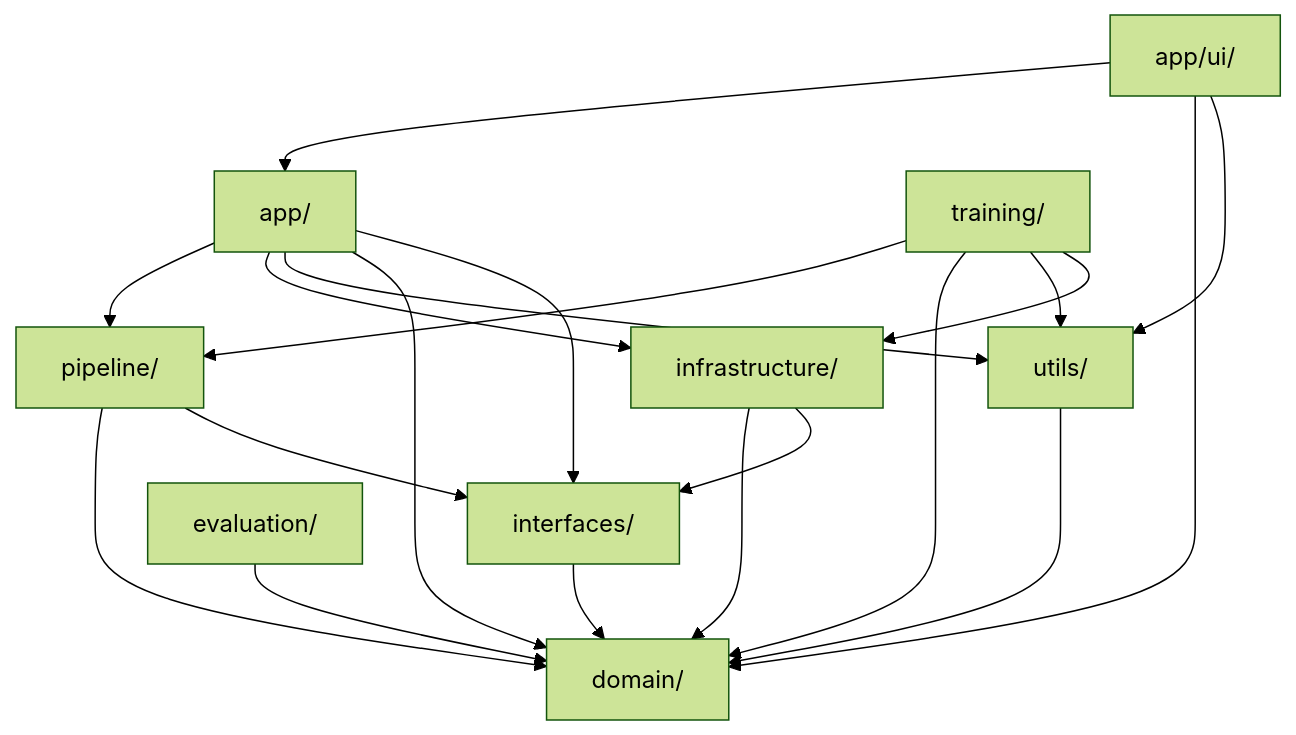
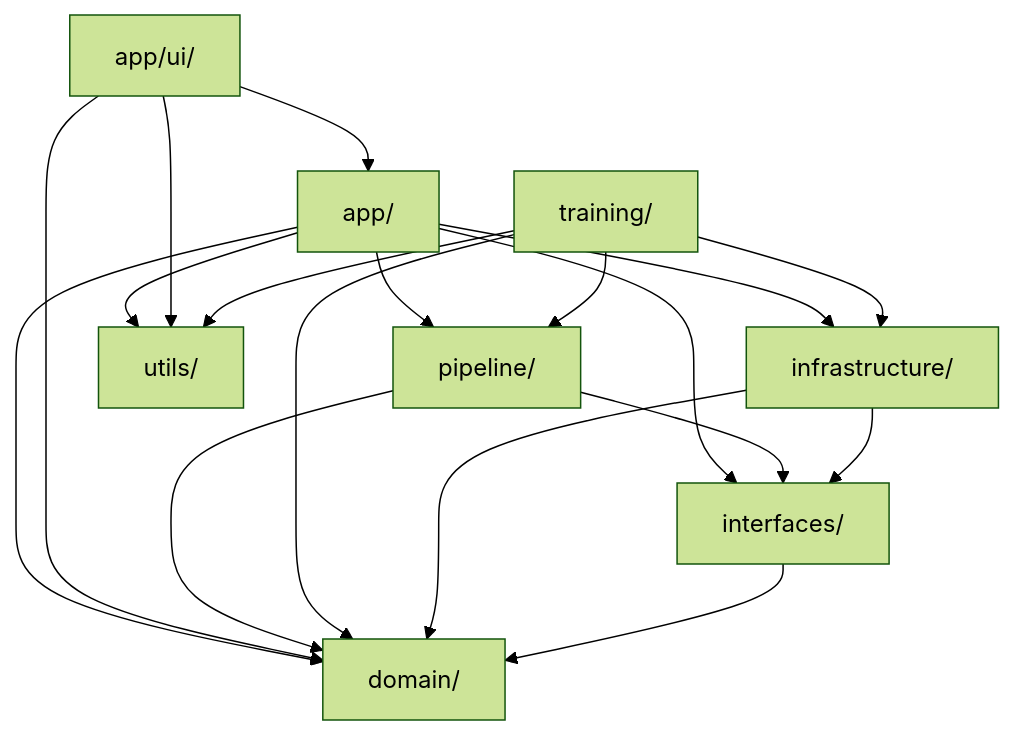
Before and after one commit to ntsrigaud/Maestro: the diagram in docs/architecture/development-view.md, drawn with Mermaid (forest theme). The commit also changed other lines of this file, not shown here.

````diff
--- a/docs/architecture/development-view.md
+++ b/docs/architecture/development-view.md
@@ -198,27 +103,24 @@
 ```mermaid
 graph TD
     App["app/"] --> Pipeline["pipeline/"]
     App --> Infra["infrastructure/"]
     App --> Utils["utils/"]
     App --> Domain["domain/"]
     App --> Interfaces["interfaces/"]
+
     UI["app/ui/"] --> App
     UI --> Domain
     UI --> Utils
+
     Pipeline --> Domain
     Pipeline --> Interfaces
 
     Training["training/"] --> Pipeline
     Training --> Domain
     Training --> Utils
     Training --> Infra
 
     Infra --> Domain
     Infra --> Interfaces
-
-    Evaluation["evaluation/"] --> Domain
-
-    Utils --> Domain
-
     Interfaces --> Domain
 ```
````
